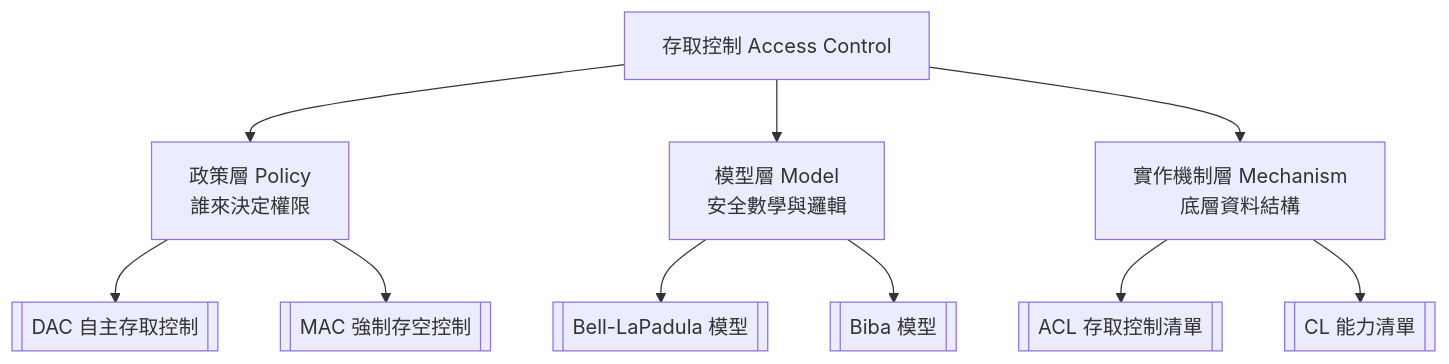
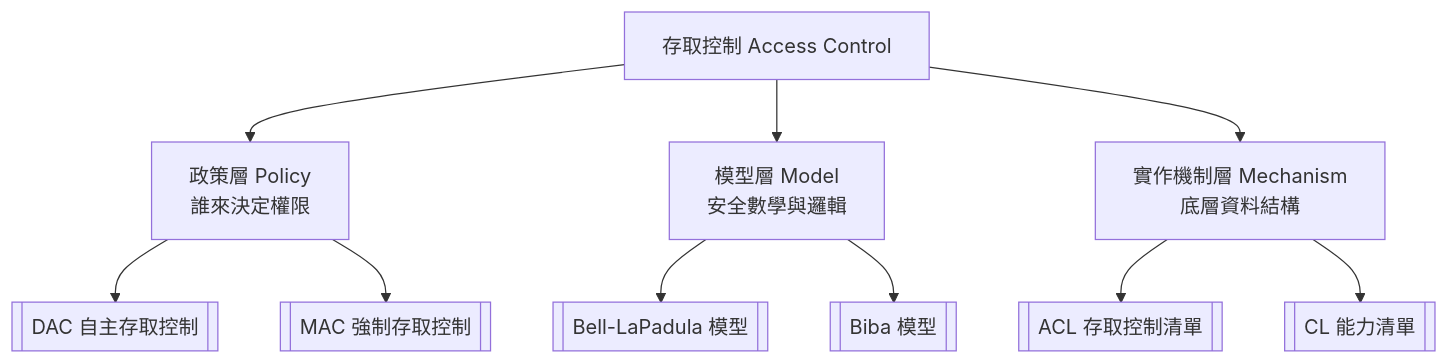
The diagram in 訪問控制模型/Access Control 存取控制總覽 (MOC).md (Jeff-Koo/CISP-Obsidian-notes), drawn with Mermaid before and after one commit. The commit also changed other lines of this file and 91 other files, not shown here.

````diff
--- a/訪問控制模型/Access Control 存取控制總覽 (MOC).md
+++ b/訪問控制模型/Access Control 存取控制總覽 (MOC).md
@@ -5,16 +5,16 @@
 ```mermaid
 graph TD
     A[存取控制 Access Control] --> B[政策層 Policy<br>誰來決定權限]
     A --> C[模型層 Model<br>安全數學與邏輯]
     A --> D[實作機制層 Mechanism<br>底層資料結構]
 
     B --> B1[[DAC 自主存取控制]]
-    B --> B2[[MAC 強制存空控制]]
+    B --> B2[[MAC 強制存取控制]]
 
     C --> C1[[Bell-LaPadula 模型]]
     C --> C2[[Biba 模型]]
 
     D --> D1[[ACL 存取控制清單]]
     D --> D2[[CL 能力清單]]
 
 ```
````
